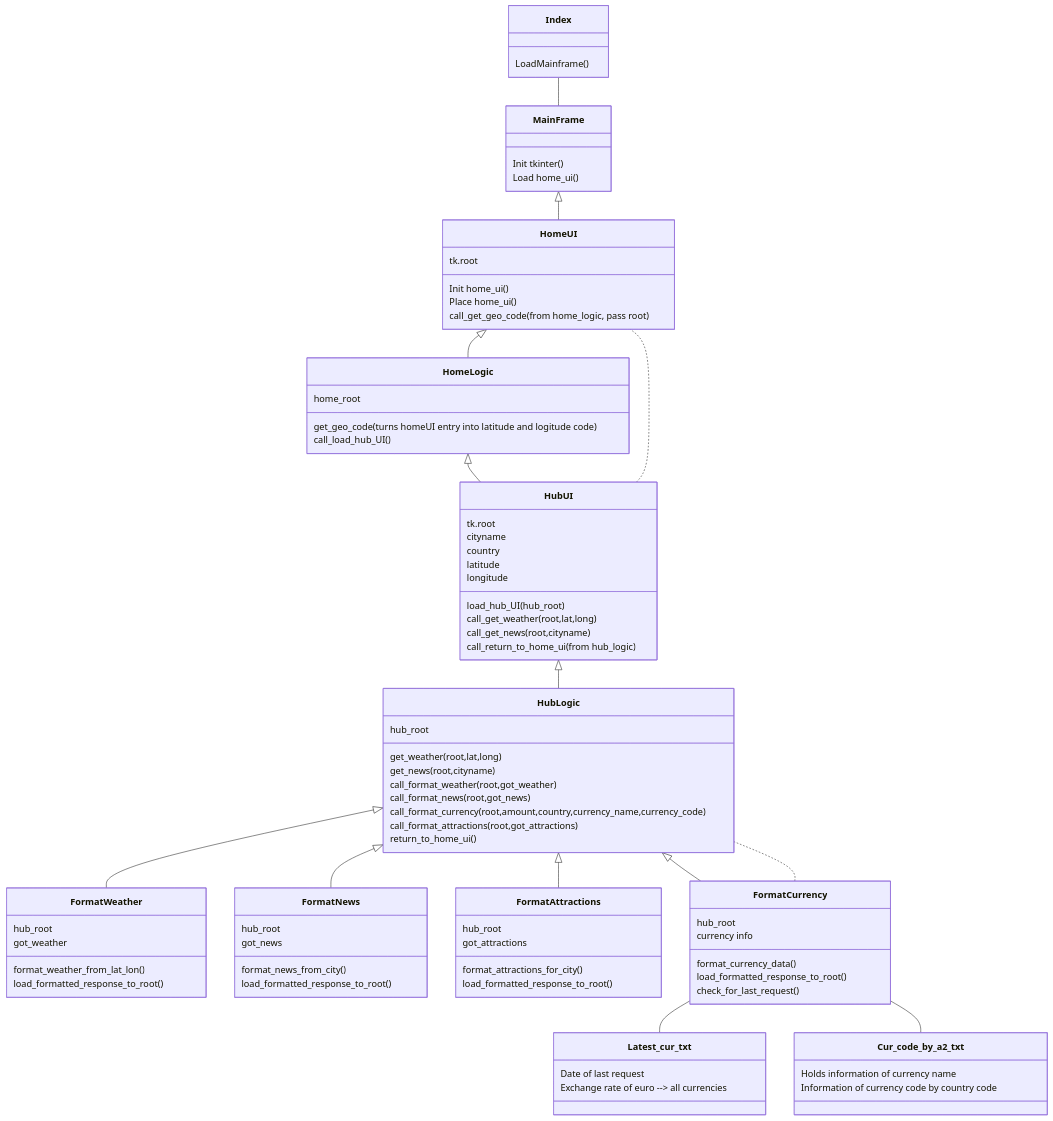
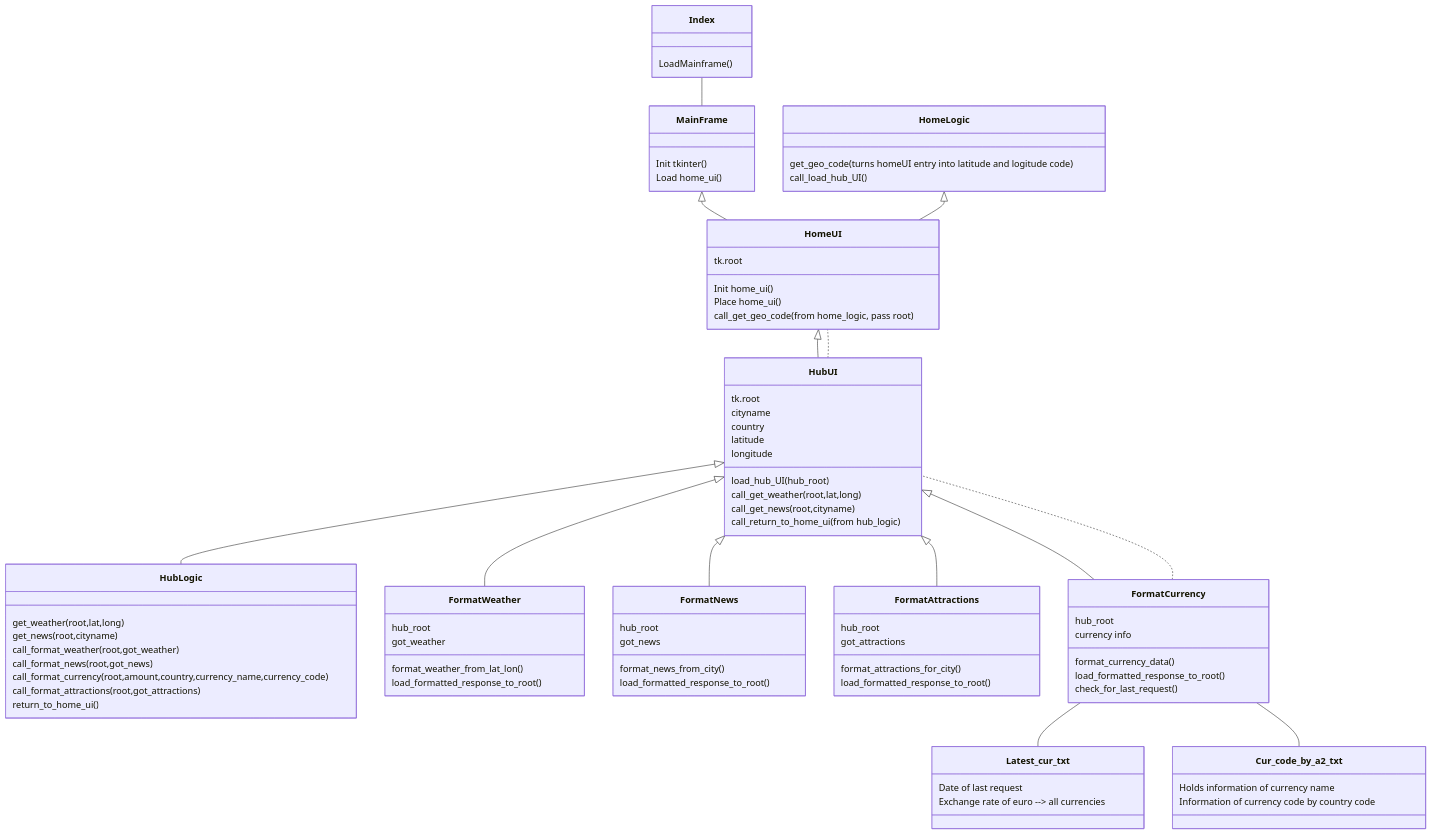
Before and after one commit to kodtld/TravelHub: the diagram in dokumentaatio/arkkitehtuuri.md, drawn with Mermaid.

```diff
--- a/dokumentaatio/arkkitehtuuri.md
+++ b/dokumentaatio/arkkitehtuuri.md
@@ -3,15 +3,15 @@
       
       Index  -- MainFrame
       MainFrame <|-- HomeUI
-      HomeUI <|-- HomeLogic
-      HomeLogic <|-- HubUI
+      HomeLogic <|-- HomeUI
+      HomeUI <|-- HubUI
       HubUI <|-- HubLogic
       HubUI ..	HomeUI
-      HubLogic <|-- FormatWeather
-      HubLogic <|-- FormatNews
-      HubLogic <|-- FormatAttractions
-      HubLogic <|-- FormatCurrency
-      FormatCurrency .. HubLogic
+      HubUI <|-- FormatWeather
+      HubUI <|-- FormatNews
+      HubUI <|-- FormatAttractions
+      HubUI <|-- FormatCurrency
+      FormatCurrency .. HubUI
       FormatCurrency -- Latest_cur_txt
       FormatCurrency -- Cur_code_by_a2_txt
 
@@ -31,7 +31,7 @@
          }
 
       class HomeLogic{
-           home_root
+          
   	     get_geo_code(turns homeUI entry into latitude and logitude code)
             call_load_hub_UI()
           
@@ -52,7 +52,6 @@
          }
 
       class HubLogic{
-           hub_root
 
           get_weather(root,lat,long)
   	     get_news(root,cityname)
```
